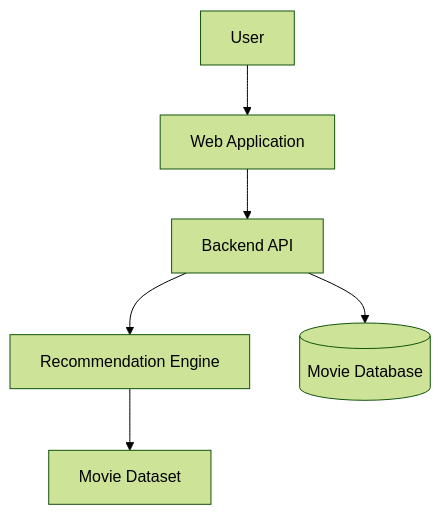
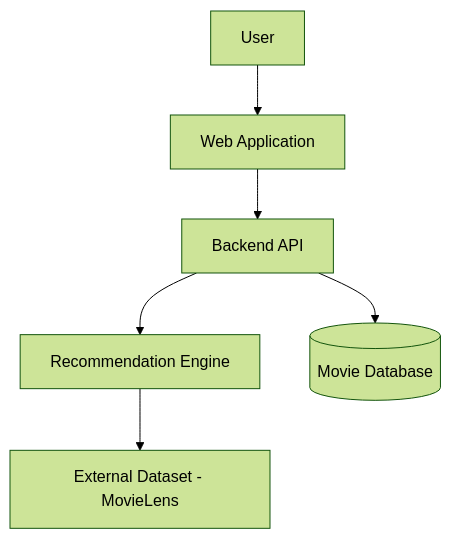
The second of 3 diagrams in ARCHITECTURE.md (Mpumlwana/movie-recommendation-system), drawn with Mermaid (forest theme) before and after one commit. The commit also changed other lines of this file, not shown here.

````diff
--- a/ARCHITECTURE.md
+++ b/ARCHITECTURE.md
@@ -35,13 +35,13 @@
 ```mermaid
 graph TD
 
 User[User] --> WebApp[Web Application]
 
 WebApp --> API[Backend API]
 
 API --> RecEngine[Recommendation Engine]
 
 API --> MovieDB[(Movie Database)]
 
-RecEngine --> Dataset[Movie Dataset]
+RecEngine --> Dataset[External Dataset - MovieLens]
 ```
````
